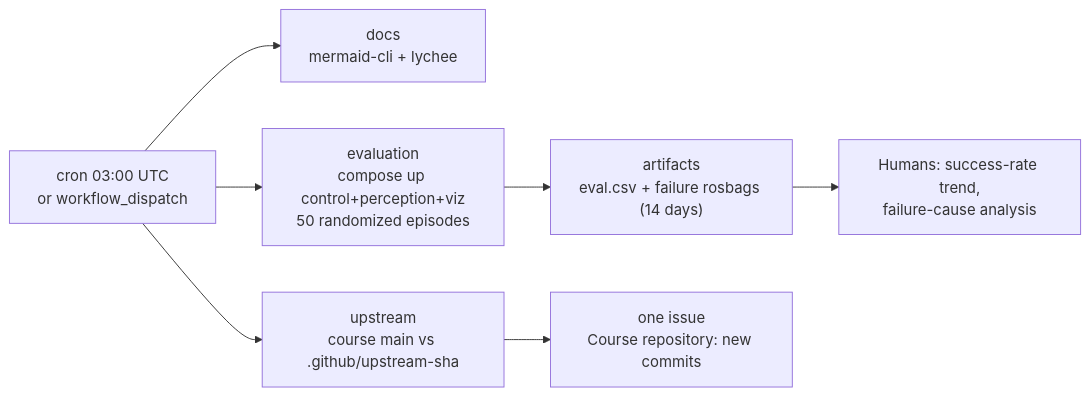
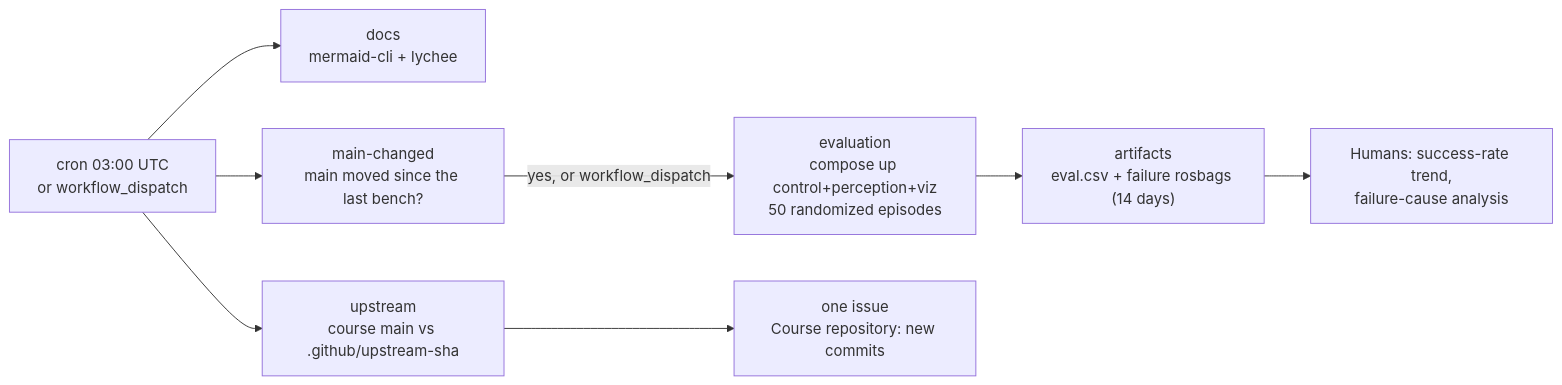
Before and after one commit to FoxaxeWasTaken/Robotics: the third of 4 diagrams in docs/project/14_quality_pipeline_ci.md, drawn with Mermaid. The commit also changed other lines of this file and 8 other files, not shown here.

````diff
--- a/docs/project/14_quality_pipeline_ci.md
+++ b/docs/project/14_quality_pipeline_ci.md
@@ -141,9 +168,10 @@
 ```mermaid
 flowchart LR
   S["cron 03:00 UTC<br/>or workflow_dispatch"] --> D["docs<br/>mermaid-cli + lychee"]
-  S --> V["evaluation<br/>compose up control+perception+viz<br/>50 randomized episodes"]
+  S --> MC["main-changed<br/>main moved since the last bench?"]
+  MC -->|"yes, or workflow_dispatch"| V["evaluation<br/>compose up control+perception+viz<br/>50 randomized episodes"]
   V --> R["artifacts<br/>eval.csv + failure rosbags (14 days)"]
   R --> H["Humans: success-rate trend,<br/>failure-cause analysis"]
   S --> W["upstream<br/>course main vs .github/upstream-sha"]
   W --> I["one issue<br/>Course repository: new commits"]
 ```
````
